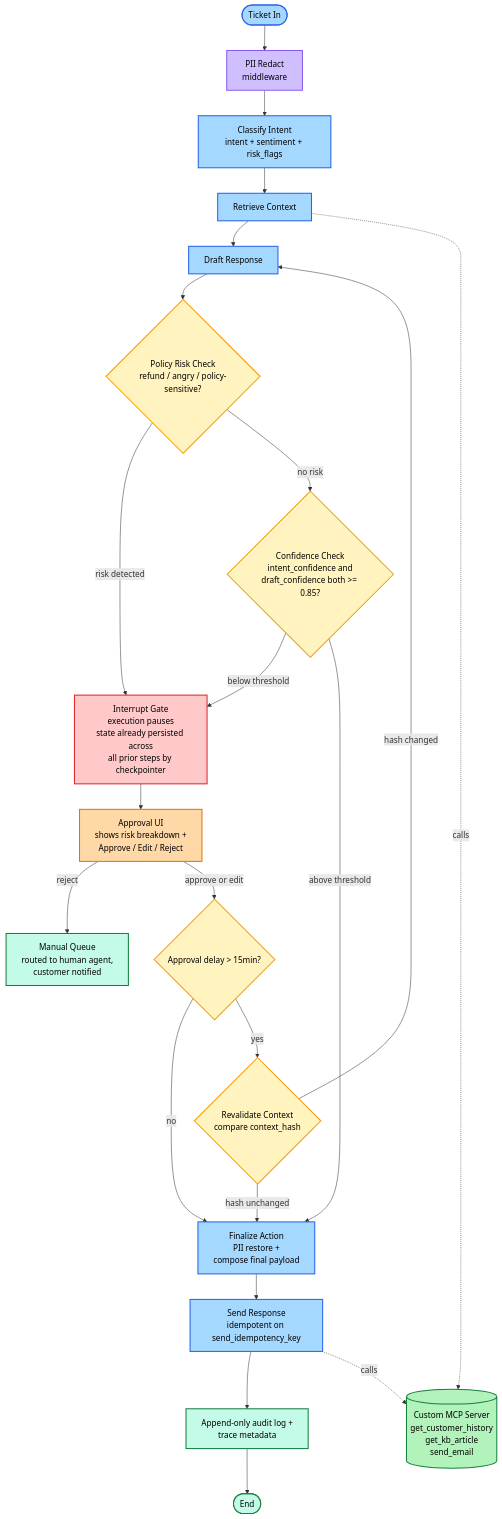
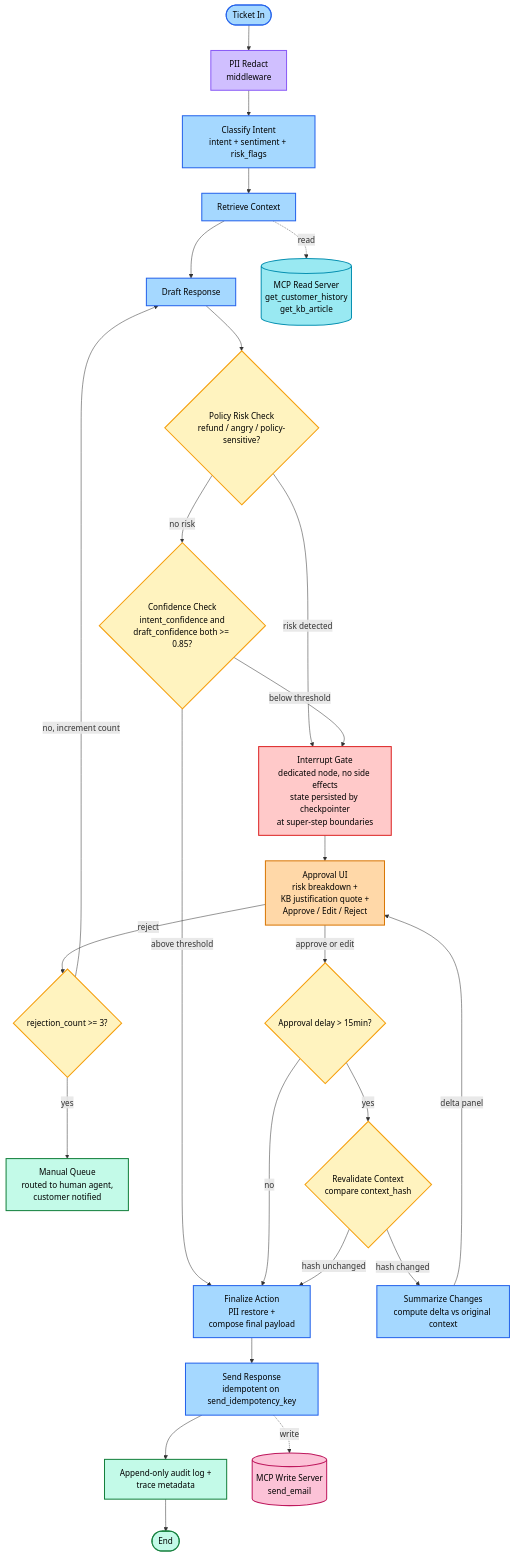
One commit to Ranjith36963/hitl-support-agent changed the second of 4 diagrams in docs/architecture.md. Above: the diagram before and after it, drawn with Mermaid. The commit also changed other lines of this file, not shown here.

First line of the commit message:
Apply Round 2 architecture review fixes

````diff
--- a/docs/architecture.md
+++ b/docs/architecture.md
@@ -32,41 +32,46 @@
 ```mermaid
 flowchart TD
     Start([Ticket In]):::input --> PII[PII Redact<br/>middleware]:::middleware
     PII --> Classify[Classify Intent<br/>intent + sentiment + risk_flags]:::node
     Classify --> Retrieve[Retrieve Context]:::node
     Retrieve --> Draft[Draft Response]:::node
     Draft --> Policy{Policy Risk Check<br/>refund / angry / policy-sensitive?}:::decision
 
-    Policy -->|risk detected| Interrupt[Interrupt Gate<br/>execution pauses<br/>state already persisted across<br/>all prior steps by checkpointer]:::hitl
+    Policy -->|risk detected| Interrupt[Interrupt Gate<br/>dedicated node, no side effects<br/>state persisted by checkpointer<br/>at super-step boundaries]:::hitl
     Policy -->|no risk| Confidence{Confidence Check<br/>intent_confidence and<br/>draft_confidence both >= 0.85?}:::decision
     Confidence -->|below threshold| Interrupt
     Confidence -->|above threshold| Finalize
 
-    Interrupt --> UI[Approval UI<br/>shows risk breakdown +<br/>Approve / Edit / Reject]:::ui
+    Interrupt --> UI[Approval UI<br/>risk breakdown +<br/>KB justification quote +<br/>Approve / Edit / Reject]:::ui
 
-    UI -->|reject| ManualQueue[Manual Queue<br/>routed to human agent,<br/>customer notified]:::terminal
+    UI -->|reject| RejectCheck{rejection_count >= 3?}:::decision
+    RejectCheck -->|yes| ManualQueue[Manual Queue<br/>routed to human agent,<br/>customer notified]:::terminal
+    RejectCheck -->|no, increment count| Draft
+
     UI -->|approve or edit| Elapsed{Approval delay > 15min?}:::decision
 
     Elapsed -->|no| Finalize
     Elapsed -->|yes| Revalidate{Revalidate Context<br/>compare context_hash}:::decision
     Revalidate -->|hash unchanged| Finalize
-    Revalidate -->|hash changed| Draft
+    Revalidate -->|hash changed| Summarize[Summarize Changes<br/>compute delta vs original context]:::node
+    Summarize -->|delta panel| UI
 
     Finalize[Finalize Action<br/>PII restore +<br/>compose final payload]:::node
     Finalize --> Send[Send Response<br/>idempotent on send_idempotency_key]:::node
 
     Send --> Audit[Append-only audit log +<br/>trace metadata]:::terminal
     Audit --> End([End]):::terminal
 
-    Retrieve -. calls .-> MCP[(Custom MCP Server<br/>get_customer_history<br/>get_kb_article<br/>send_email)]:::mcp
-    Send -. calls .-> MCP
+    Retrieve -. read .-> MCPRead[(MCP Read Server<br/>get_customer_history<br/>get_kb_article)]:::mcpread
+    Send -. write .-> MCPWrite[(MCP Write Server<br/>send_email)]:::mcpwrite
 
     classDef input fill:#a5d8ff,stroke:#2563eb,stroke-width:2px,color:#000
     classDef middleware fill:#d0bfff,stroke:#8b5cf6,stroke-width:2px,color:#000
     classDef node fill:#a5d8ff,stroke:#2563eb,stroke-width:2px,color:#000
     classDef decision fill:#fff3bf,stroke:#f59e0b,stroke-width:2px,color:#000
     classDef hitl fill:#ffc9c9,stroke:#dc2626,stroke-width:2px,color:#000
     classDef ui fill:#ffd8a8,stroke:#d97706,stroke-width:2px,color:#000
-    classDef mcp fill:#b2f2bb,stroke:#15803d,stroke-width:2px,color:#000
+    classDef mcpread fill:#99e9f2,stroke:#0891b2,stroke-width:2px,color:#000
+    classDef mcpwrite fill:#fcc2d7,stroke:#be185d,stroke-width:2px,color:#000
     classDef terminal fill:#c3fae8,stroke:#15803d,stroke-width:2px,color:#000
 ```
````
